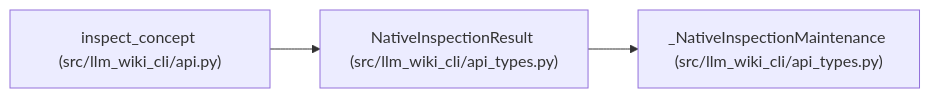
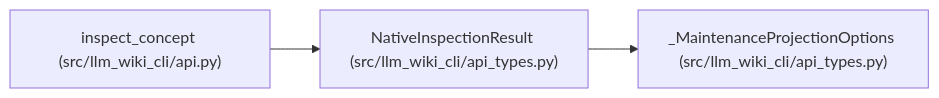
One commit to Denissvgn/python-wiki-llm changed the diagram in docs/llm_wiki/entities/NativeInspectionResult.md. Above: the diagram before and after it, drawn with Mermaid. The commit also changed other lines of this file and 268 other files, not shown here.

````diff
--- a/docs/llm_wiki/entities/NativeInspectionResult.md
+++ b/docs/llm_wiki/entities/NativeInspectionResult.md
@@ -33,11 +33,11 @@
 ```mermaid
 flowchart LR
     n0["NativeInspectionResult (src/llm_wiki_cli/api_types.py)"]
-    n1["_NativeInspectionMaintenance (src/llm_wiki_cli/api_types.py)"]
+    n1["_MaintenanceProjectionOptions (src/llm_wiki_cli/api_types.py)"]
     n2["inspect_concept (src/llm_wiki_cli/api.py)"]
     n0 --> n1
     n2 --> n0
     click n0 "../modules/api_types.md"
     click n1 "../modules/api_types.md"
     click n2 "../modules/api.md"
 ```
````
